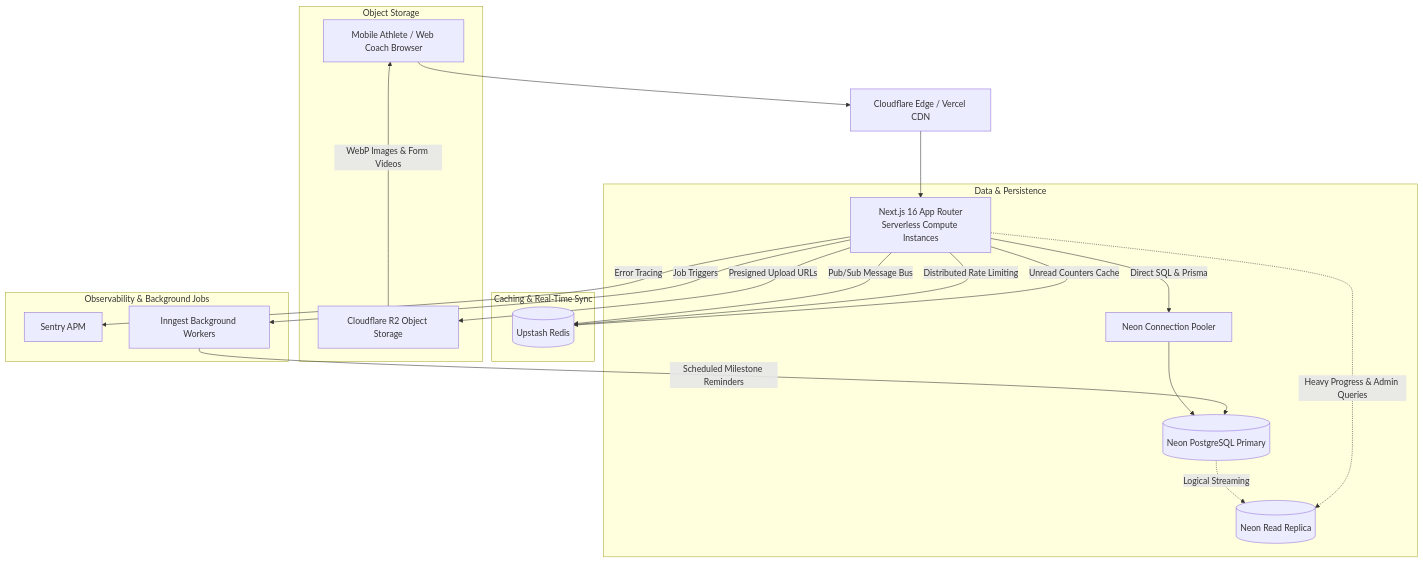
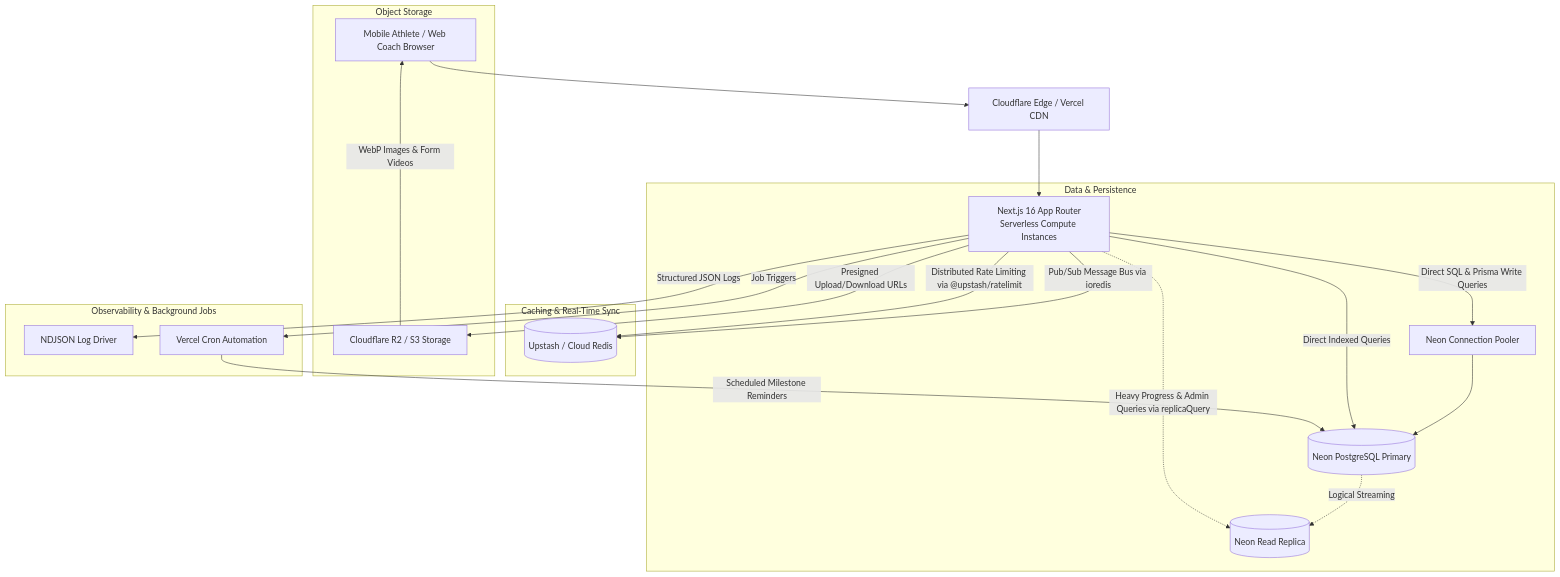
One commit to adelahmeddev/CoachFlow changed diagram 13 of 13 in TECHNICAL.md. Above: the diagram before and after it, drawn with Mermaid. The commit also changed other lines of this file and 65 other files, not shown here.

````diff
--- a/TECHNICAL.md
+++ b/TECHNICAL.md
@@ -1644,29 +1707,29 @@
 ```mermaid
 flowchart TD
     Client[Mobile Athlete / Web Coach Browser] --> CDN[Cloudflare Edge / Vercel CDN]
     CDN --> Next[Next.js 16 App Router\nServerless Compute Instances]
     
     subgraph Data & Persistence
-        Next -->|Direct SQL & Prisma| Pooler[Neon Connection Pooler]
+        Next -->|Direct SQL & Prisma Write Queries| Pooler[Neon Connection Pooler]
         Pooler --> MasterDB[(Neon PostgreSQL Primary)]
         MasterDB -.->|Logical Streaming| ReplicaDB[(Neon Read Replica)]
-        Next -.->|Heavy Progress & Admin Queries| ReplicaDB
+        Next -.->|Heavy Progress & Admin Queries via replicaQuery| ReplicaDB
     end
 
     subgraph Caching & Real-Time Sync
-        Next -->|Pub/Sub Message Bus| Redis[(Upstash Redis)]
-        Next -->|Distributed Rate Limiting| Redis
-        Next -->|Unread Counters Cache| Redis
+        Next -->|Pub/Sub Message Bus via ioredis| Redis[(Upstash / Cloud Redis)]
+        Next -->|Distributed Rate Limiting via @upstash/ratelimit| Redis
+        Next -->|Direct Indexed Queries| MasterDB
     end
 
     subgraph Object Storage
-        Next -->|Presigned Upload URLs| R2[Cloudflare R2 Object Storage]
+        Next -->|Presigned Upload/Download URLs| R2[Cloudflare R2 / S3 Storage]
         R2 -->|WebP Images & Form Videos| Client
     end
 
     subgraph Observability & Background Jobs
-        Next -->|Error Tracing| Sentry[Sentry APM]
-        Next -->|Job Triggers| Inngest[Inngest Background Workers]
-        Inngest -->|Scheduled Milestone Reminders| MasterDB
+        Next -->|Structured JSON Logs| Logger[NDJSON Log Driver]
+        Next -->|Job Triggers| Cron[Vercel Cron Automation]
+        Cron -->|Scheduled Milestone Reminders| MasterDB
     end
 ```
````
